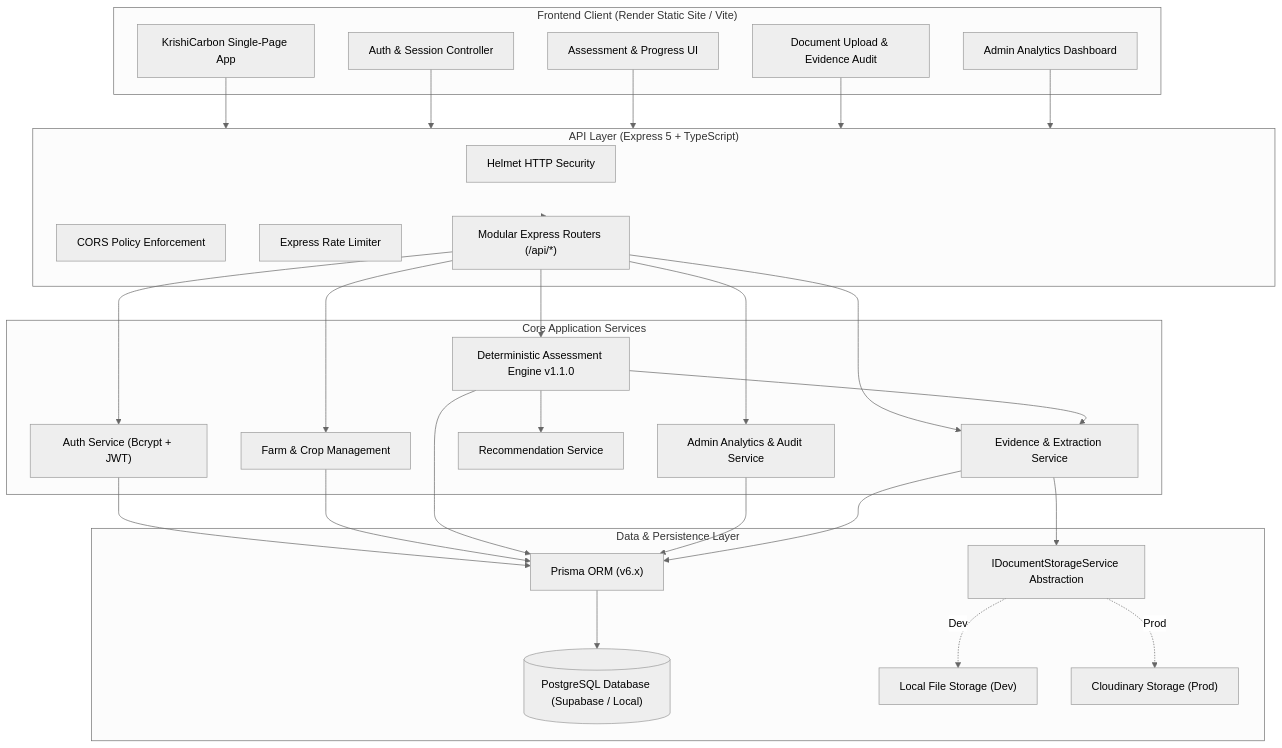
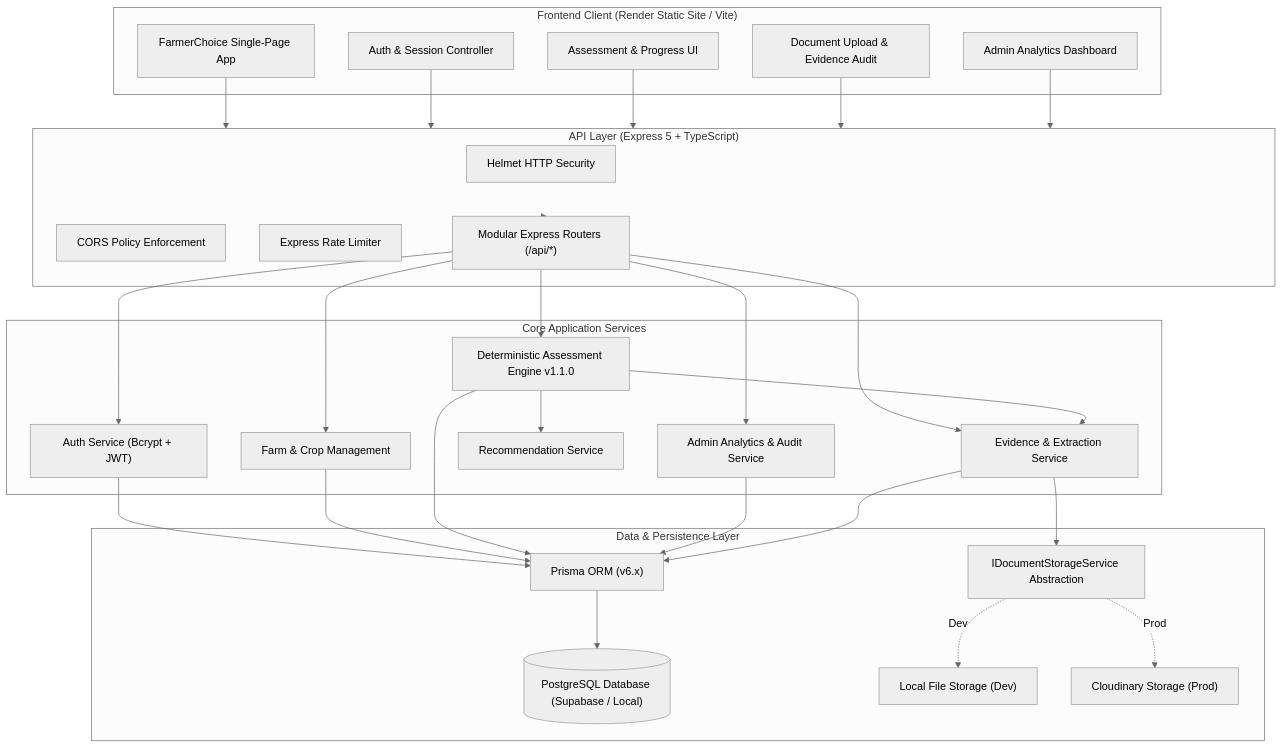
One commit to rounak1434/KrishiCarbon changed the diagram in README.md. Above: the diagram before and after it, drawn with Mermaid (neutral theme). The commit also changed other lines of this file and 27 other files, not shown here.

Commit message:
rebrand product as FarmerChoice

````diff
--- a/README.md
+++ b/README.md
@@ -247,62 +247,62 @@
 ```mermaid
 flowchart TD
     subgraph Client["Frontend Client (Render Static Site / Vite)"]
-        UI["KrishiCarbon Single-Page App"]
+        UI["FarmerChoice Single-Page App"]
         AUTH_UI["Auth & Session Controller"]
         ASSESS_UI["Assessment & Progress UI"]
         DOC_UI["Document Upload & Evidence Audit"]
         ADMIN_UI["Admin Analytics Dashboard"]
     end
 
     subgraph API_GW["API Layer (Express 5 + TypeScript)"]
         HELMET["Helmet HTTP Security"]
         CORS["CORS Policy Enforcement"]
         RATE["Express Rate Limiter"]
         ROUTERS["Modular Express Routers (/api/*)"]
     end
 
     subgraph Services["Core Application Services"]
         AUTH_SVC["Auth Service (Bcrypt + JWT)"]
         FARM_SVC["Farm & Crop Management"]
         EVID_SVC["Evidence & Extraction Service"]
         ENGINE["Deterministic Assessment Engine v1.1.0"]
         RECOM_SVC["Recommendation Service"]
         ADMIN_SVC["Admin Analytics & Audit Service"]
     end
 
     subgraph StorageLayer["Data & Persistence Layer"]
         PRISMA["Prisma ORM (v6.x)"]
         PG[("PostgreSQL Database (Supabase / Local)")]
         STORAGE_ABS["IDocumentStorageService Abstraction"]
         LOCAL_DISK["Local File Storage (Dev)"]
         CLOUDINARY["Cloudinary Storage (Prod)"]
     end
 
     UI --> API_GW
     AUTH_UI --> API_GW
     ASSESS_UI --> API_GW
     DOC_UI --> API_GW
     ADMIN_UI --> API_GW
 
     API_GW --> ROUTERS
     ROUTERS --> AUTH_SVC
     ROUTERS --> FARM_SVC
     ROUTERS --> EVID_SVC
     ROUTERS --> ENGINE
     ROUTERS --> ADMIN_SVC
 
     ENGINE --> RECOM_SVC
     ENGINE --> EVID_SVC
 
     AUTH_SVC --> PRISMA
     FARM_SVC --> PRISMA
     ENGINE --> PRISMA
     ADMIN_SVC --> PRISMA
     EVID_SVC --> PRISMA
 
     EVID_SVC --> STORAGE_ABS
     STORAGE_ABS -. Dev .-> LOCAL_DISK
     STORAGE_ABS -. Prod .-> CLOUDINARY
 
     PRISMA --> PG
 ```
````
